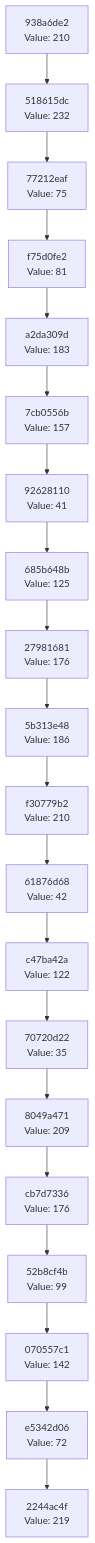
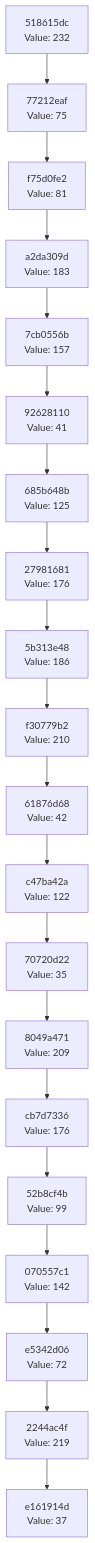
One commit to Abhisheksinha1506/hash-chain-evolver changed the diagram in docs/CHAIN_VISUALIZATION.md. Above: the diagram before and after it, drawn with Mermaid. The commit also changed 2 other files, not shown here.

Commit message:
Evolution Step

````diff
--- a/docs/CHAIN_VISUALIZATION.md
+++ b/docs/CHAIN_VISUALIZATION.md
@@ -3,42 +3,42 @@
 ```mermaid
 graph TD
-    C0["2244ac4f<br/>Value: 219"]
-    C1["e5342d06<br/>Value: 72"]
+    C0["e161914d<br/>Value: 37"]
+    C1["2244ac4f<br/>Value: 219"]
     C1 --> C0
-    C2["070557c1<br/>Value: 142"]
+    C2["e5342d06<br/>Value: 72"]
     C2 --> C1
-    C3["52b8cf4b<br/>Value: 99"]
+    C3["070557c1<br/>Value: 142"]
     C3 --> C2
-    C4["cb7d7336<br/>Value: 176"]
+    C4["52b8cf4b<br/>Value: 99"]
     C4 --> C3
-    C5["8049a471<br/>Value: 209"]
+    C5["cb7d7336<br/>Value: 176"]
     C5 --> C4
-    C6["70720d22<br/>Value: 35"]
+    C6["8049a471<br/>Value: 209"]
     C6 --> C5
-    C7["c47ba42a<br/>Value: 122"]
+    C7["70720d22<br/>Value: 35"]
     C7 --> C6
-    C8["61876d68<br/>Value: 42"]
+    C8["c47ba42a<br/>Value: 122"]
     C8 --> C7
-    C9["f30779b2<br/>Value: 210"]
+    C9["61876d68<br/>Value: 42"]
     C9 --> C8
-    C10["5b313e48<br/>Value: 186"]
+    C10["f30779b2<br/>Value: 210"]
     C10 --> C9
-    C11["27981681<br/>Value: 176"]
+    C11["5b313e48<br/>Value: 186"]
     C11 --> C10
-    C12["685b648b<br/>Value: 125"]
+    C12["27981681<br/>Value: 176"]
     C12 --> C11
-    C13["92628110<br/>Value: 41"]
+    C13["685b648b<br/>Value: 125"]
     C13 --> C12
-    C14["7cb0556b<br/>Value: 157"]
+    C14["92628110<br/>Value: 41"]
     C14 --> C13
-    C15["a2da309d<br/>Value: 183"]
+    C15["7cb0556b<br/>Value: 157"]
     C15 --> C14
-    C16["f75d0fe2<br/>Value: 81"]
+    C16["a2da309d<br/>Value: 183"]
     C16 --> C15
-    C17["77212eaf<br/>Value: 75"]
+    C17["f75d0fe2<br/>Value: 81"]
     C17 --> C16
-    C18["518615dc<br/>Value: 232"]
+    C18["77212eaf<br/>Value: 75"]
     C18 --> C17
-    C19["938a6de2<br/>Value: 210"]
+    C19["518615dc<br/>Value: 232"]
     C19 --> C18
 ```
````
